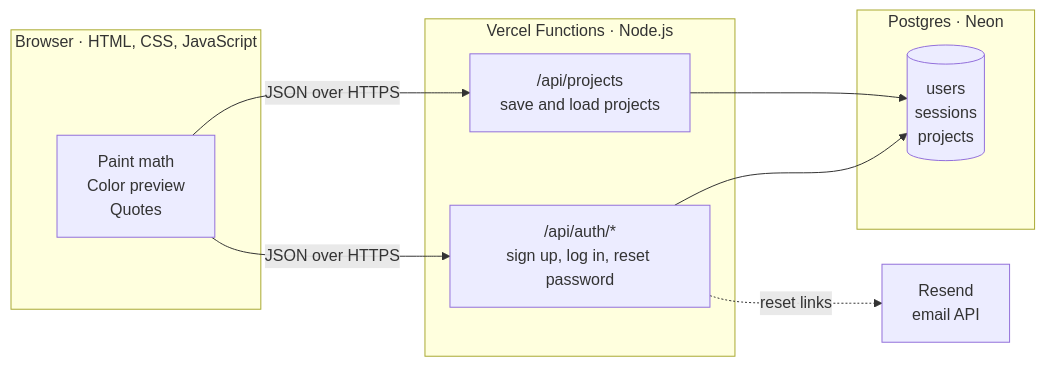
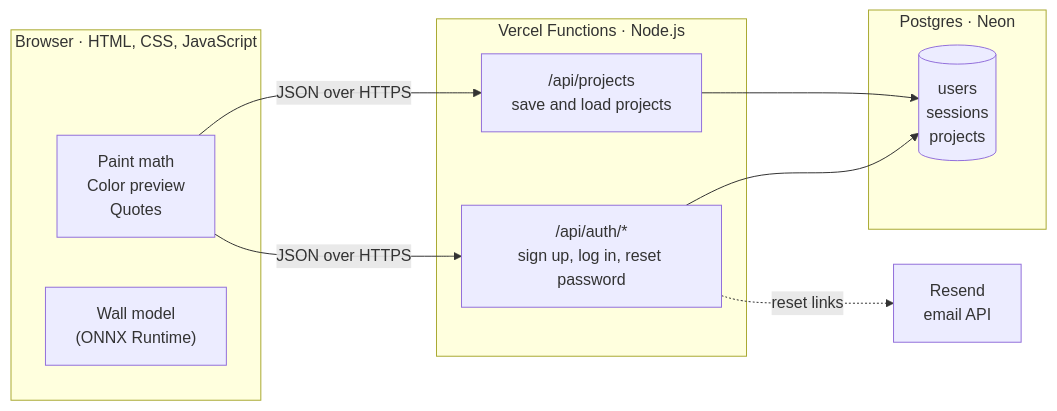
Before and after one commit to Lahanas/PaintWise: the diagram in README.md, drawn with Mermaid. The commit also changed other lines of this file, not shown here.

````diff
--- a/README.md
+++ b/README.md
@@ -67,19 +70,20 @@
 ```mermaid
 flowchart LR
     subgraph Browser["Browser · HTML, CSS, JavaScript"]
         A["Paint math<br/>Color preview<br/>Quotes"]
+        M["Wall model<br/>(ONNX Runtime)"]
     end
     subgraph Vercel["Vercel Functions · Node.js"]
         B["/api/auth/*<br/>sign up, log in, reset password"]
         C["/api/projects<br/>save and load projects"]
     end
     subgraph DB["Postgres · Neon"]
         D[("users<br/>sessions<br/>projects")]
     end
     E["Resend<br/>email API"]
     A -- JSON over HTTPS --> B
     A -- JSON over HTTPS --> C
     B --> D
     C --> D
     B -. reset links .-> E
 ```
````
